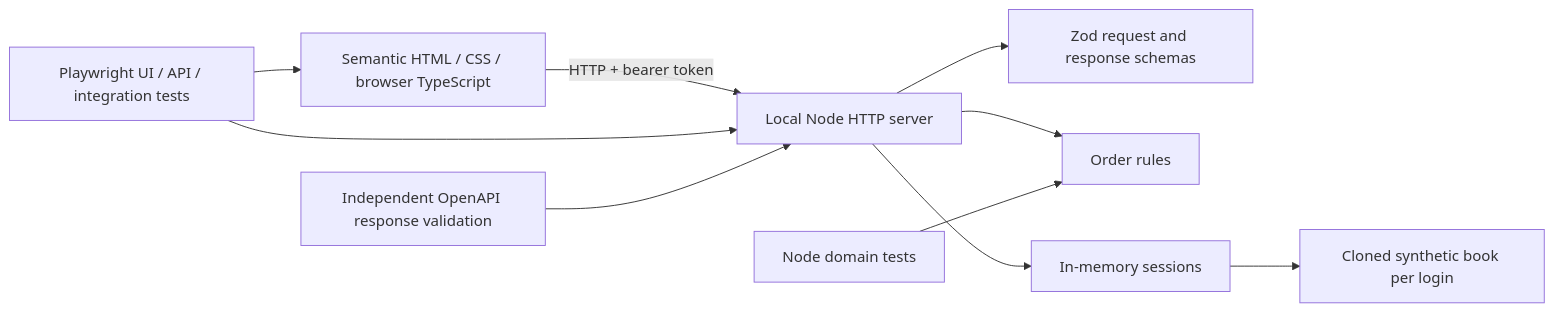
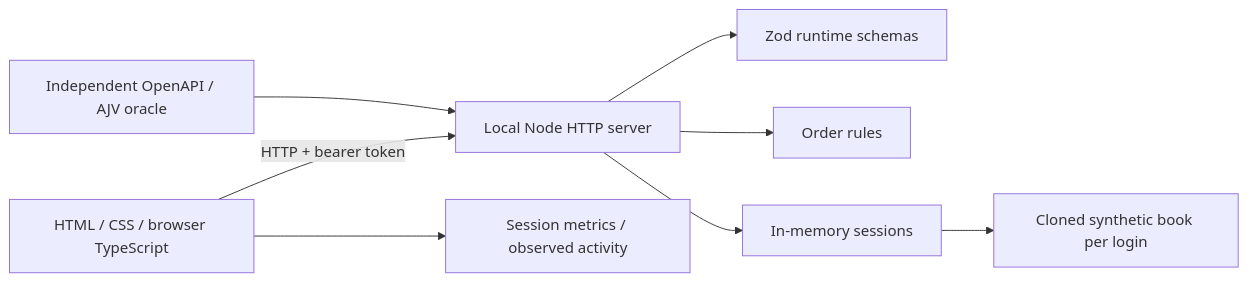
Before and after one commit to farhan-shafee/institutional-trading-sdet-lab: the first of 2 diagrams in README.md, drawn with Mermaid. The commit also changed other lines of this file and 13 other files, not shown here.

````diff
--- a/README.md
+++ b/README.md
@@ -46,12 +57,10 @@
 ```mermaid
 flowchart LR
-    UI[Semantic HTML / CSS / browser TypeScript] -->|HTTP + bearer token| API[Local Node HTTP server]
-    API --> Schema[Zod request and response schemas]
+    UI[HTML / CSS / browser TypeScript] -->|HTTP + bearer token| API[Local Node HTTP server]
+    UI --> Presentation[Session metrics / observed activity]
+    API --> Schema[Zod runtime schemas]
     API --> Domain[Order rules]
     API --> Sessions[In-memory sessions]
     Sessions --> Books[Cloned synthetic book per login]
-    Tests[Playwright UI / API / integration tests] --> UI
-    Tests --> API
-    Contracts[Independent OpenAPI response validation] --> API
-    Unit[Node domain tests] --> Domain
+    Contract[Independent OpenAPI / AJV oracle] --> API
 ```
````
